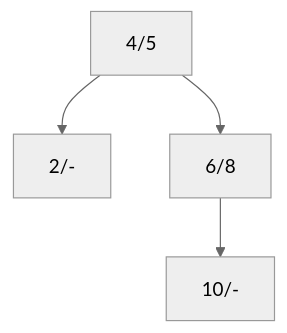
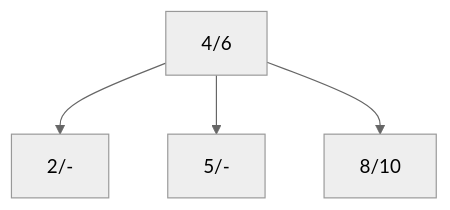
The fifth of 8 diagrams in Lab3/Lab3_B-Tree_Exercise.md (chdonncha/Advanced-Databases), drawn with Mermaid (neutral theme) before and after one commit. The commit also changed other lines of this file and 1 other file, not shown here.

````diff
--- a/Lab3/Lab3_B-Tree_Exercise.md
+++ b/Lab3/Lab3_B-Tree_Exercise.md
@@ -37,6 +39,6 @@
 ```{mermaid}
   graph TD
-    4/5 --> 2/-
-    4/5 --> 6/8
-    6/8 --> 10/-
+    4/6 --> 2/-
+    4/6 --> 5/-
+    4/6 --> 8/10
 ```
````
